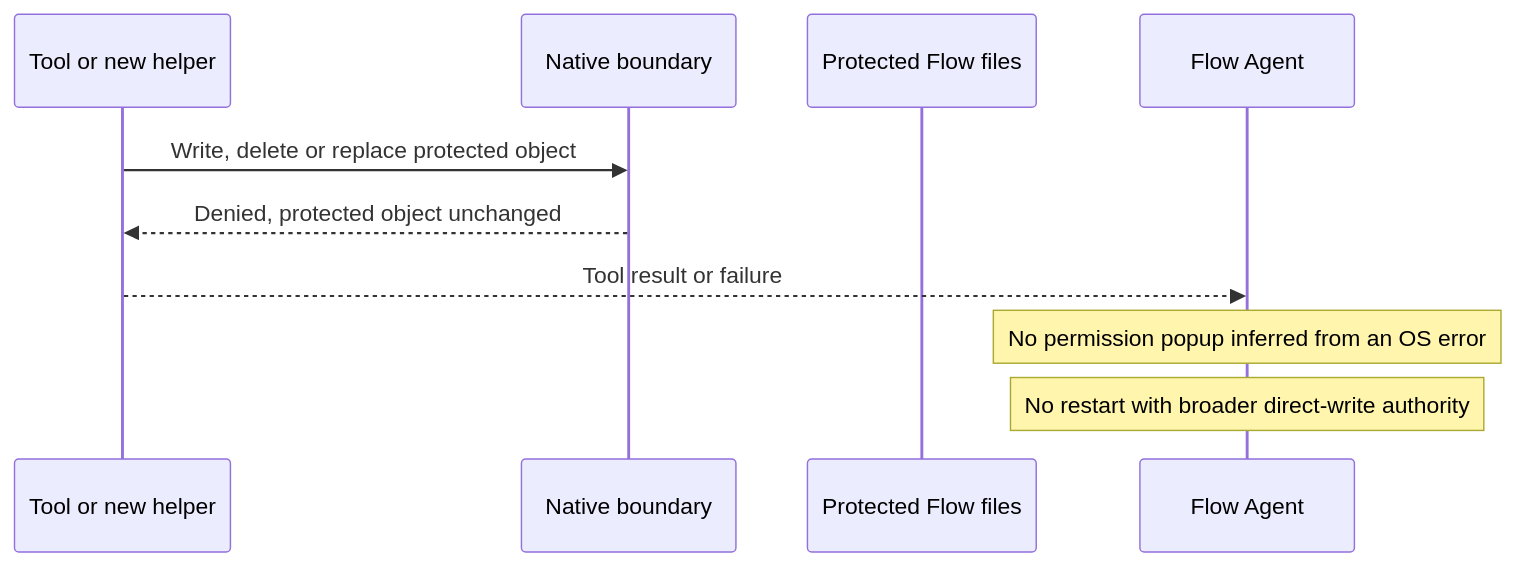
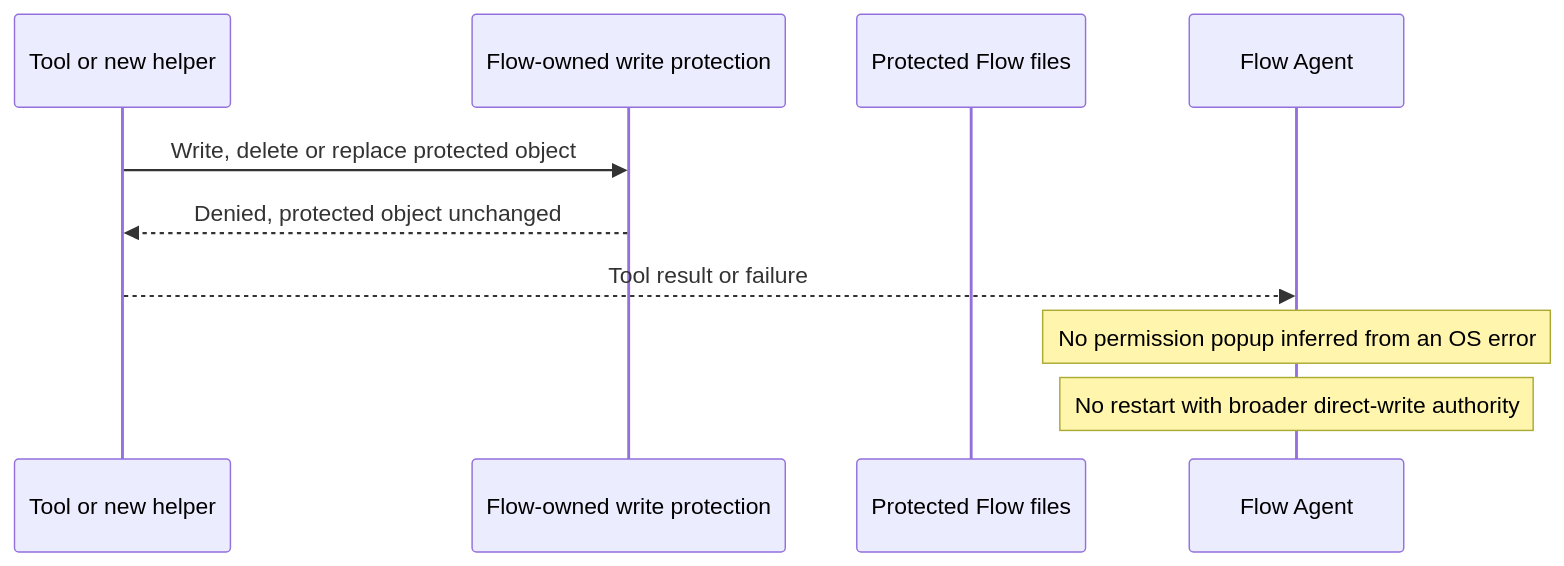
Before and after one commit to Open-Equilibrium/watershed: the second of 9 diagrams in docs/concept/flow-agent-executor-architecture.md, drawn with Mermaid. The commit also changed other lines of this file and 14 other files, not shown here.

First line of the commit message:
docs: name Flow Agent's file protection Flow-owned write protection

````diff
--- a/docs/concept/flow-agent-executor-architecture.md
+++ b/docs/concept/flow-agent-executor-architecture.md
@@ -27,12 +27,12 @@
 ```mermaid
 sequenceDiagram
   participant T as Tool or new helper
-  participant G as Native boundary
+  participant G as Flow-owned write protection
   participant P as Protected Flow files
   participant F as Flow Agent
   T->>G: Write, delete or replace protected object
   G-->>T: Denied, protected object unchanged
   T-->>F: Tool result or failure
   Note over F: No permission popup inferred from an OS error
   Note over F: No restart with broader direct-write authority
 ```
````
